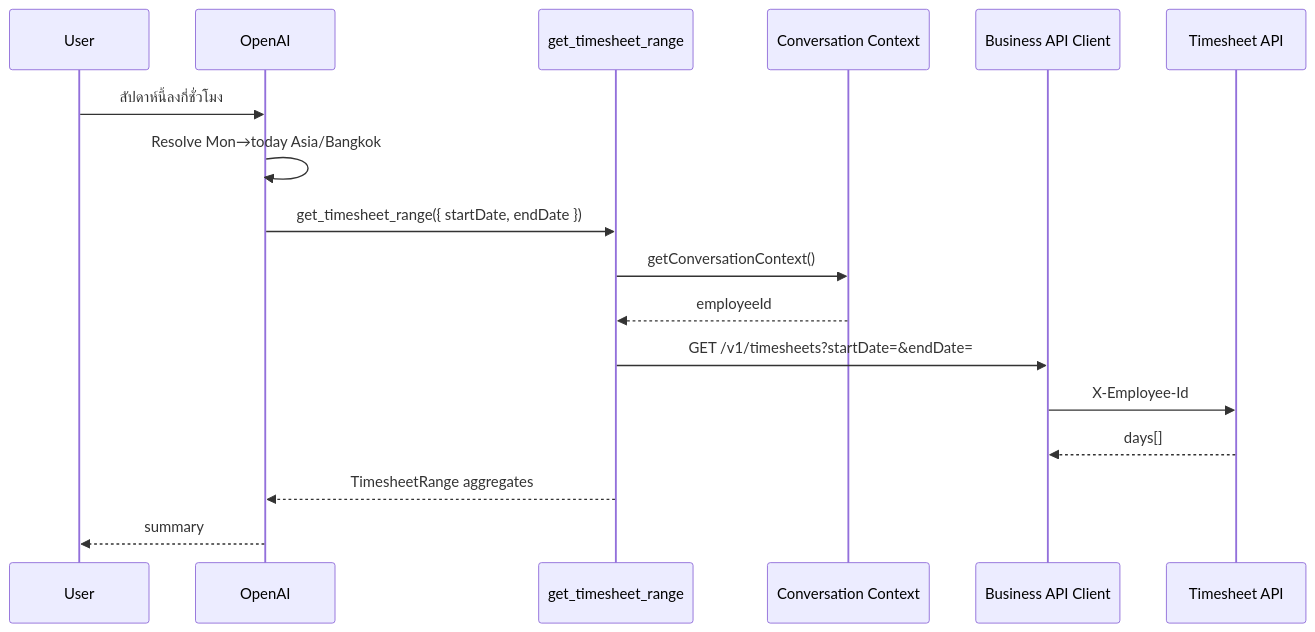
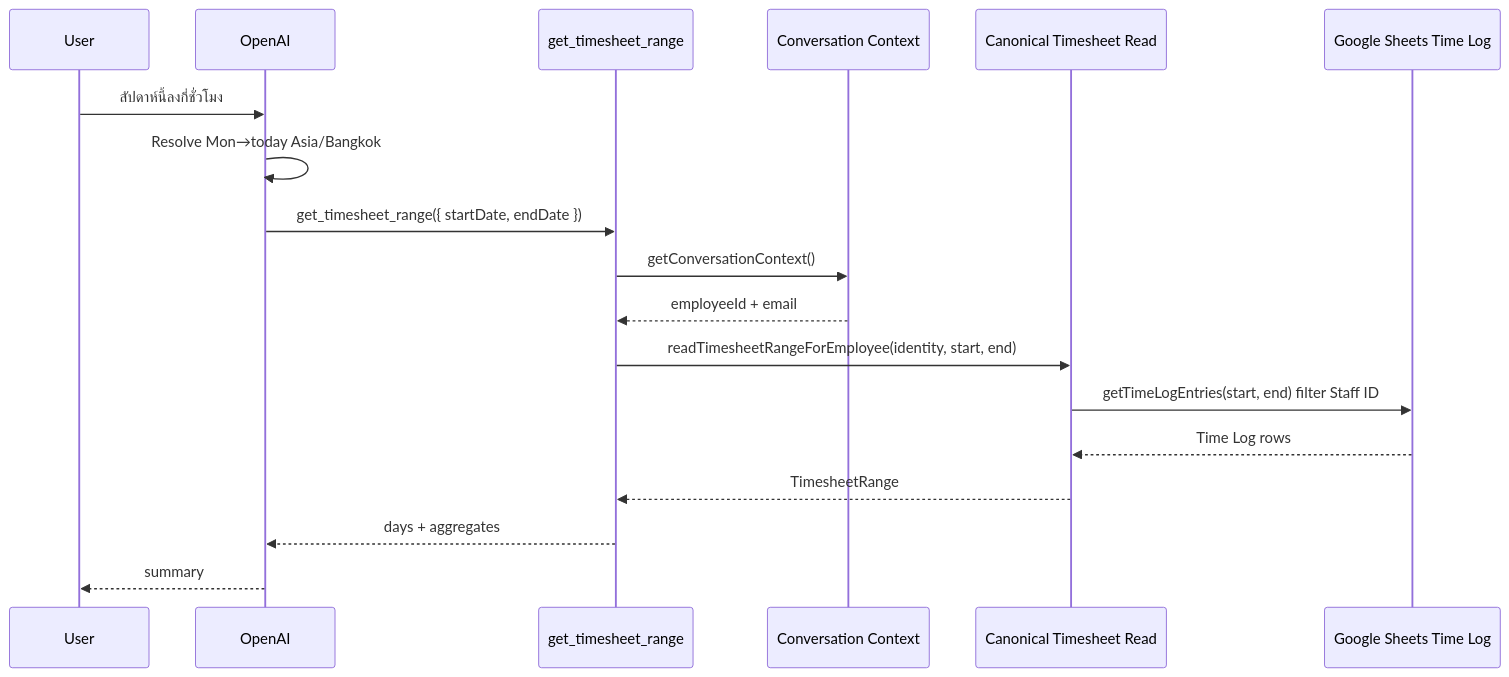
Before and after one commit to shopstack-asia/shopstack-timesheet: the diagram in doc/features/business-tools/Get Timesheet Range.md, drawn with Mermaid. The commit also changed other lines of this file and 34 other files, not shown here.

Commit message:
Implement a secure read-only identity diagnostic tool

````diff
--- a/doc/features/business-tools/Get Timesheet Range.md
+++ b/doc/features/business-tools/Get Timesheet Range.md
@@ -25,20 +27,21 @@
 ```mermaid
 sequenceDiagram
   participant U as User
   participant AI as OpenAI
   participant T as get_timesheet_range
   participant Ctx as Conversation Context
-  participant C as Business API Client
-  participant API as Timesheet API
+  participant R as Canonical Timesheet Read
+  participant S as Google Sheets Time Log
 
   U->>AI: สัปดาห์นี้ลงกี่ชั่วโมง
   AI->>AI: Resolve Mon→today Asia/Bangkok
   AI->>T: get_timesheet_range({ startDate, endDate })
   T->>Ctx: getConversationContext()
-  Ctx-->>T: employeeId
-  T->>C: GET /v1/timesheets?startDate=&endDate=
-  C->>API: X-Employee-Id
-  API-->>C: days[]
-  T-->>AI: TimesheetRange aggregates
+  Ctx-->>T: employeeId + email
+  T->>R: readTimesheetRangeForEmployee(identity, start, end)
+  R->>S: getTimeLogEntries(start, end) filter Staff ID
+  S-->>R: Time Log rows
+  R-->>T: TimesheetRange
+  T-->>AI: days + aggregates
   AI-->>U: summary
 ```
````
